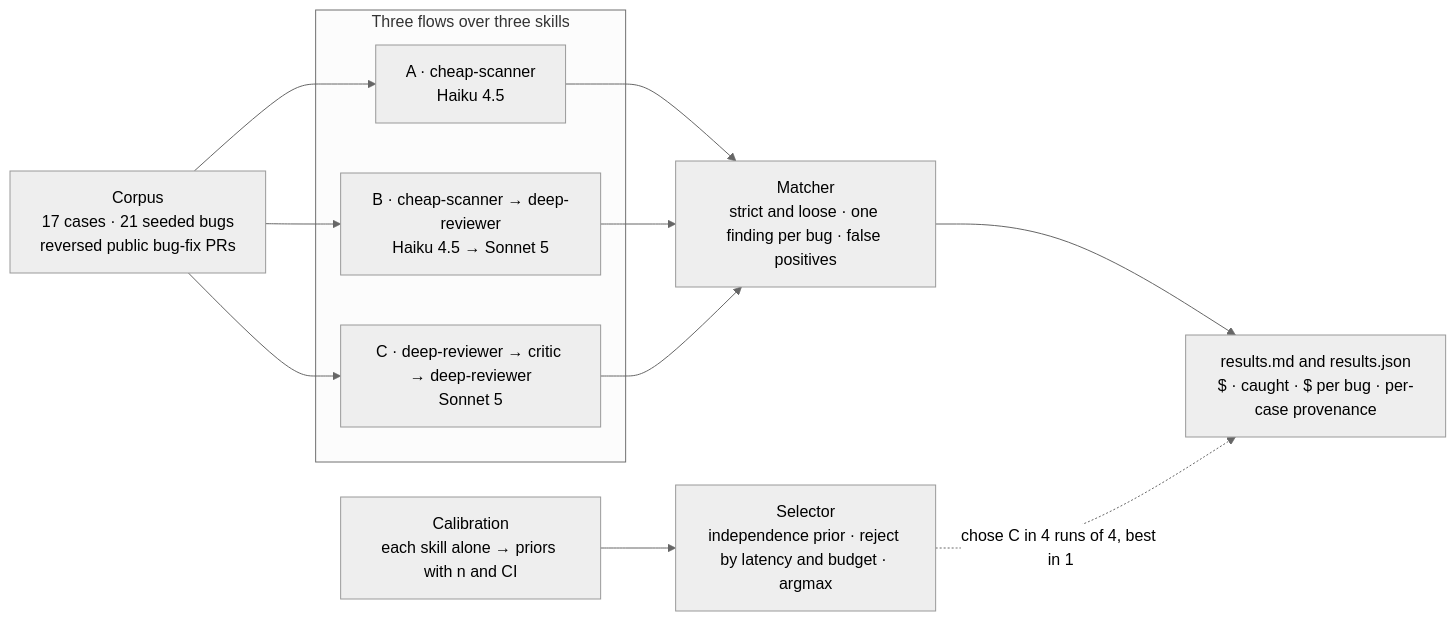
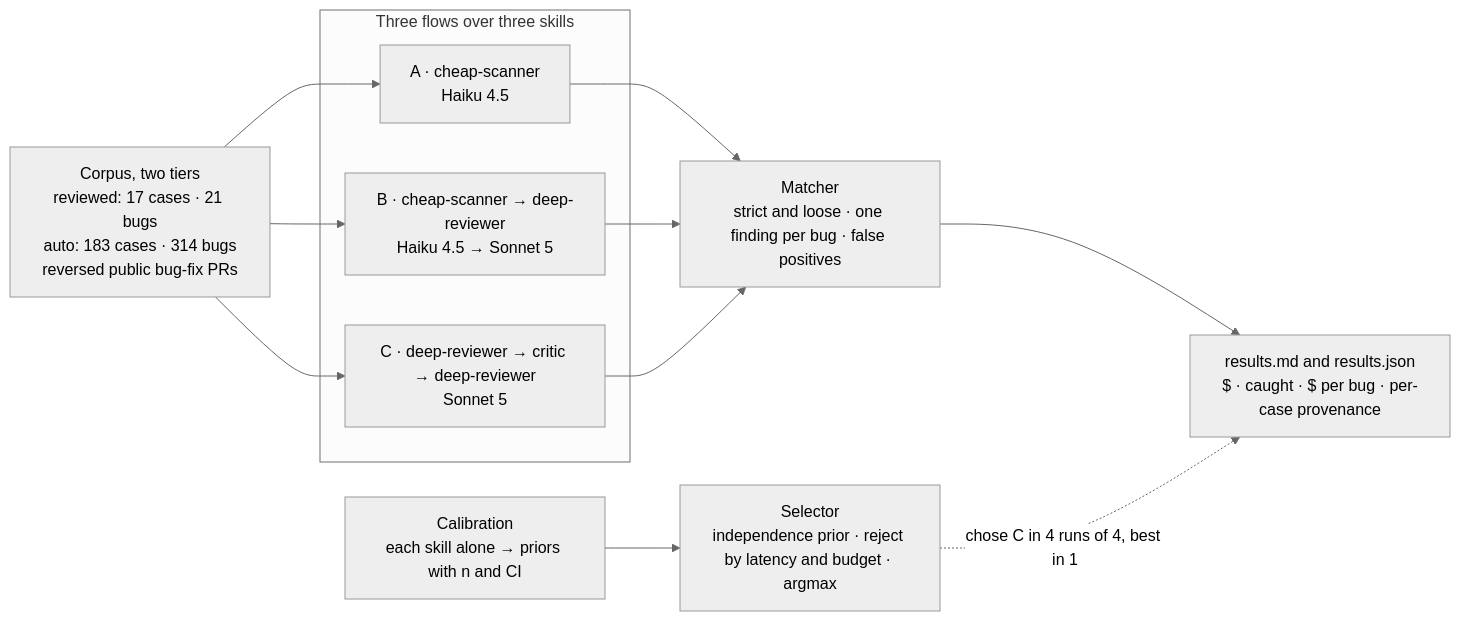
One commit to zaelok/oyster-demo changed the second of 2 diagrams in README.md. Above: the diagram before and after it, drawn with Mermaid (neutral theme). The commit also changed other lines of this file and 3 other files, not shown here.

````diff
--- a/README.md
+++ b/README.md
@@ -106,17 +136,17 @@
 ```mermaid
 flowchart LR
-  CORP["Corpus<br/>17 cases · 21 seeded bugs<br/>reversed public bug-fix PRs"] --> A
+  CORP["Corpus, two tiers<br/>reviewed: 17 cases · 21 bugs<br/>auto: 183 cases · 314 bugs<br/>reversed public bug-fix PRs"] --> A
   CORP --> B
   CORP --> C
   subgraph FLOWS["Three flows over three skills"]
     A["A · cheap-scanner<br/>Haiku 4.5"]
     B["B · cheap-scanner → deep-reviewer<br/>Haiku 4.5 → Sonnet 5"]
     C["C · deep-reviewer → critic → deep-reviewer<br/>Sonnet 5"]
   end
   A --> M
   B --> M
   C --> M
   M["Matcher<br/>strict and loose · one finding per bug · false positives"] --> T["results.md and results.json<br/>$ · caught · $ per bug · per-case provenance"]
   CAL["Calibration<br/>each skill alone → priors with n and CI"] --> S["Selector<br/>independence prior · reject by latency and budget · argmax"]
   S -. "chose C in 4 runs of 4, best in 1" .-> T
 ```
````
